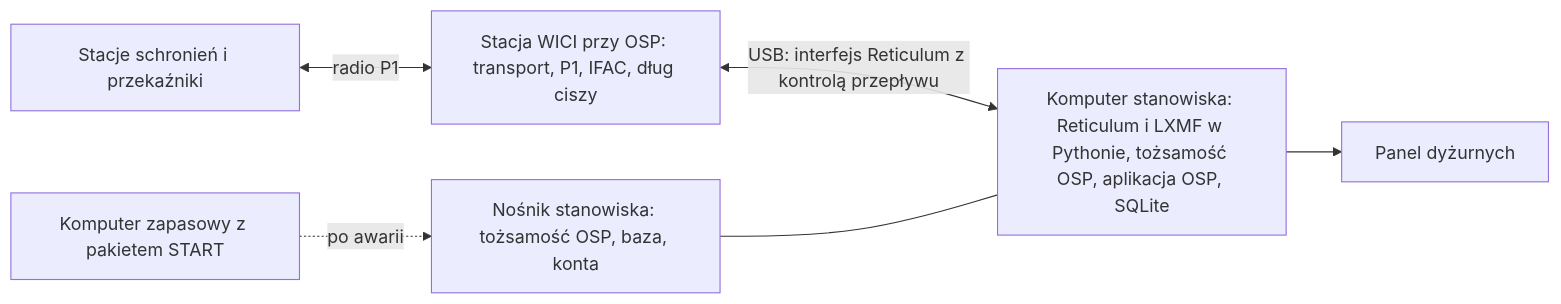
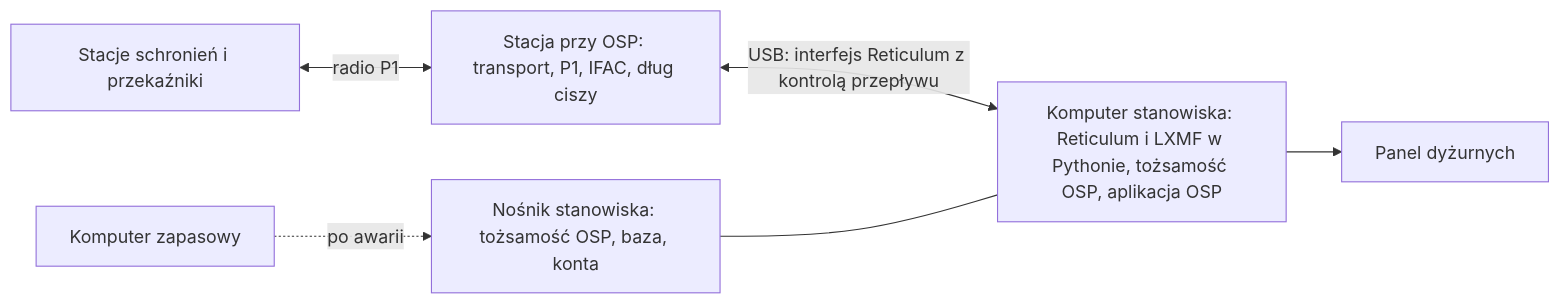
Before and after one commit to tmierzwa/WICI: the diagram in docs/spec/stanowisko-osp.md, drawn with Mermaid. The commit also changed other lines of this file and 15 other files, not shown here.

````diff
--- a/docs/spec/stanowisko-osp.md
+++ b/docs/spec/stanowisko-osp.md
@@ -69,8 +39,8 @@
 ```mermaid
 flowchart LR
-  S[Stacje schronień i przekaźniki] <-->|radio P1| W[Stacja WICI przy OSP: transport, P1, IFAC, dług ciszy]
-  W <-->|USB: interfejs Reticulum z kontrolą przepływu| K[Komputer stanowiska: Reticulum i LXMF w Pythonie, tożsamość OSP, aplikacja OSP, SQLite]
+  S[Stacje schronień i przekaźniki] <-->|radio P1| W[Stacja przy OSP: transport, P1, IFAC, dług ciszy]
+  W <-->|USB: interfejs Reticulum z kontrolą przepływu| K[Komputer stanowiska: Reticulum i LXMF w Pythonie, tożsamość OSP, aplikacja OSP]
   N[Nośnik stanowiska: tożsamość OSP, baza, konta] --- K
-  K2[Komputer zapasowy z pakietem START] -.->|po awarii| N
+  K2[Komputer zapasowy] -.->|po awarii| N
   K --> D[Panel dyżurnych]
 ```
````
